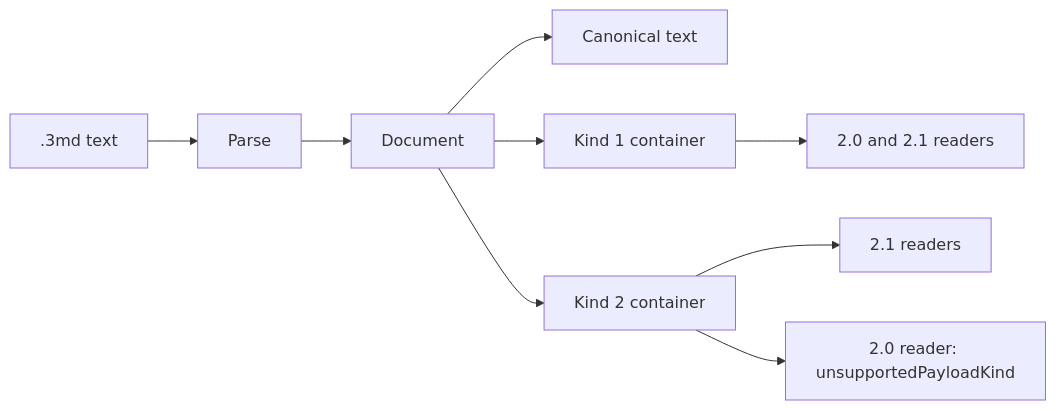
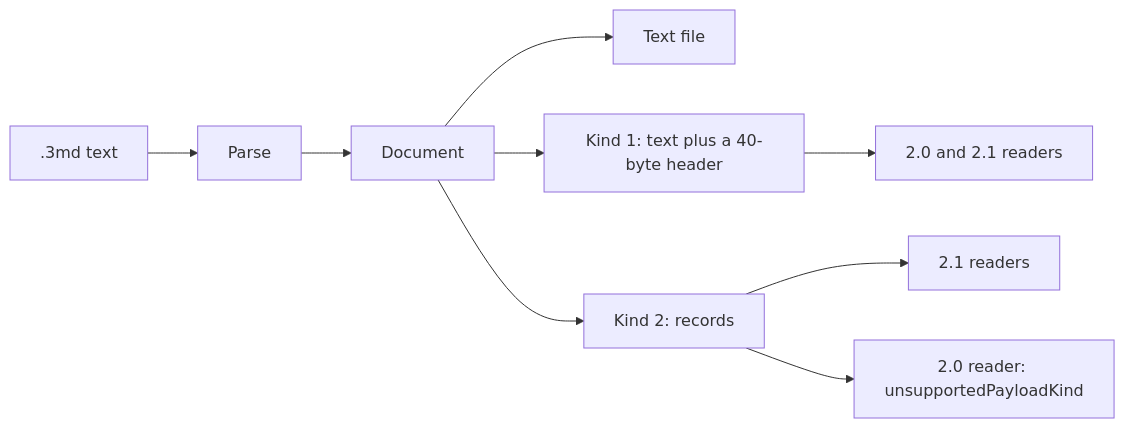
The first of 2 diagrams in README.md (CorvidLabs/3md), drawn with Mermaid before and after one commit. The commit also changed other lines of this file and 10 other files, not shown here.

First line of the commit message:
Fix: explain the README charts in plain language

````diff
--- a/README.md
+++ b/README.md
@@ -103,11 +124,11 @@
 ```mermaid
 flowchart LR
   source[".3md text"] --> parsed[Parse]
   parsed --> document[Document]
-  document --> textOut["Canonical text"]
-  document --> kind1["Kind 1 container"]
-  document --> kind2["Kind 2 container"]
+  document --> textOut["Text file"]
+  document --> kind1["Kind 1: text plus a 40-byte header"]
+  document --> kind2["Kind 2: records"]
   kind1 --> both["2.0 and 2.1 readers"]
   kind2 --> current["2.1 readers"]
   kind2 --> legacy["2.0 reader: unsupportedPayloadKind"]
 ```
````
